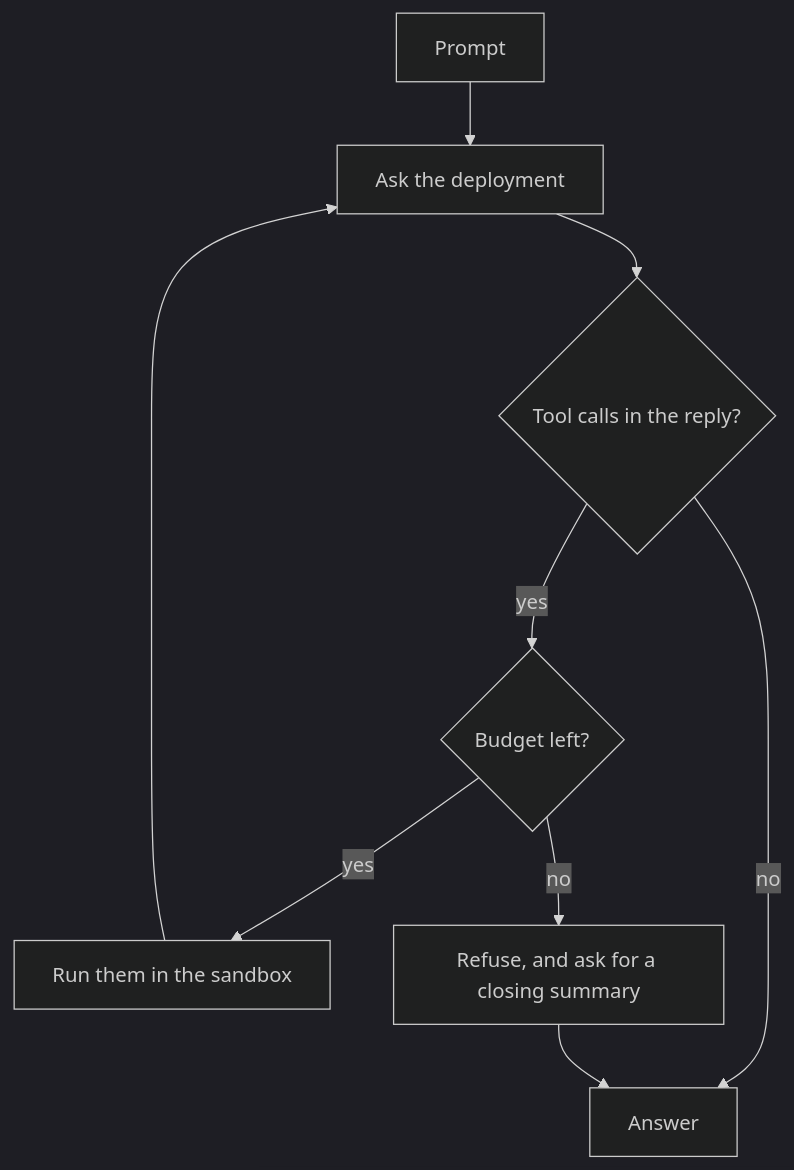
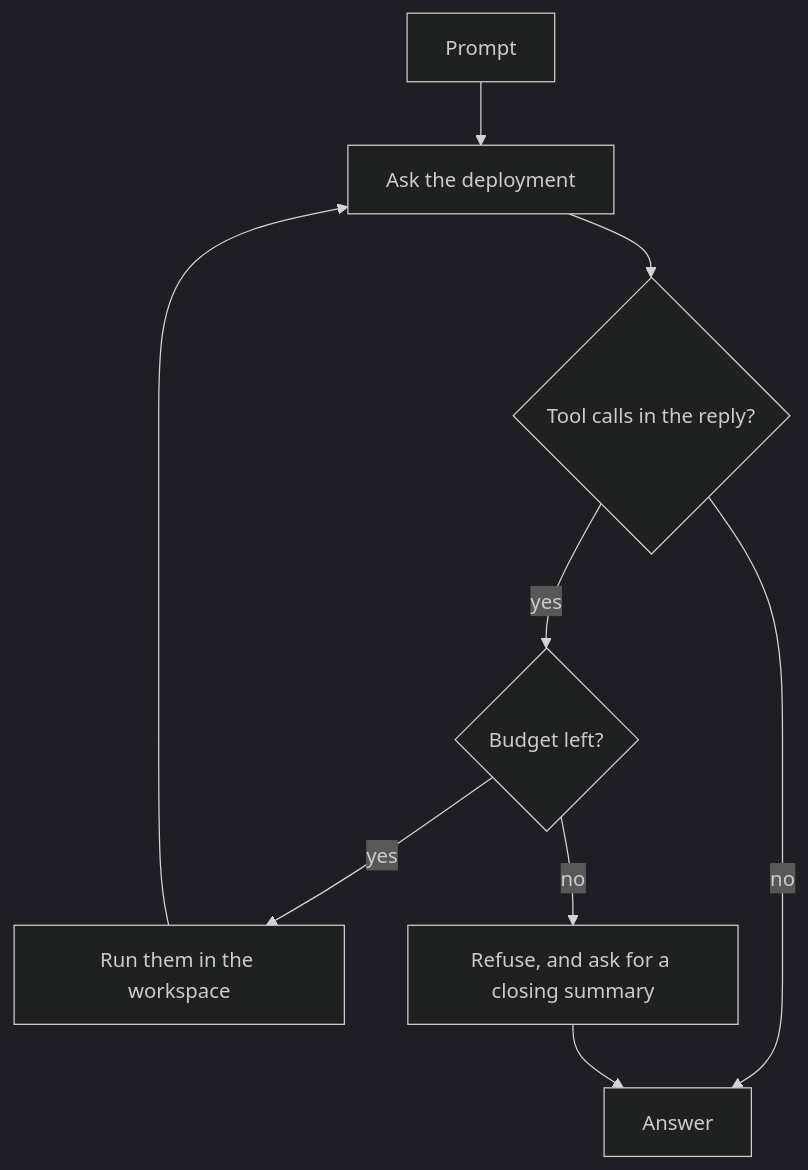
The first of 2 diagrams in README.md (nogginly/cogiteer), drawn with Mermaid (dark theme) before and after one commit. The commit also changed other lines of this file and 10 other files, not shown here.

````diff
--- a/README.md
+++ b/README.md
@@ -98,11 +98,11 @@
 ```mermaid
 flowchart TD
     P[Prompt] --> R[Ask the deployment]
     R --> C{Tool calls in the reply?}
     C -- no --> A[Answer]
     C -- yes --> B{Budget left?}
-    B -- yes --> X[Run them in the sandbox]
+    B -- yes --> X[Run them in the workspace]
     X --> R
     B -- no --> F[Refuse, and ask for a closing summary]
     F --> A
 ```
````
